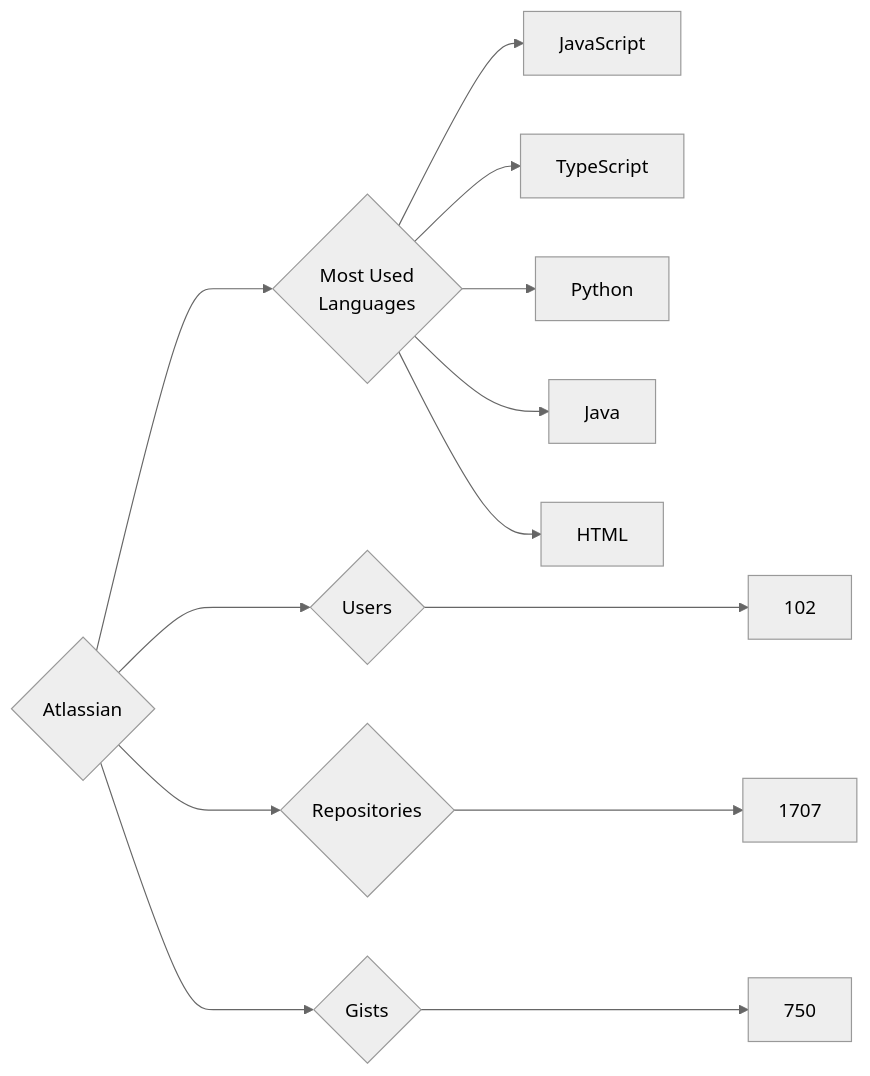
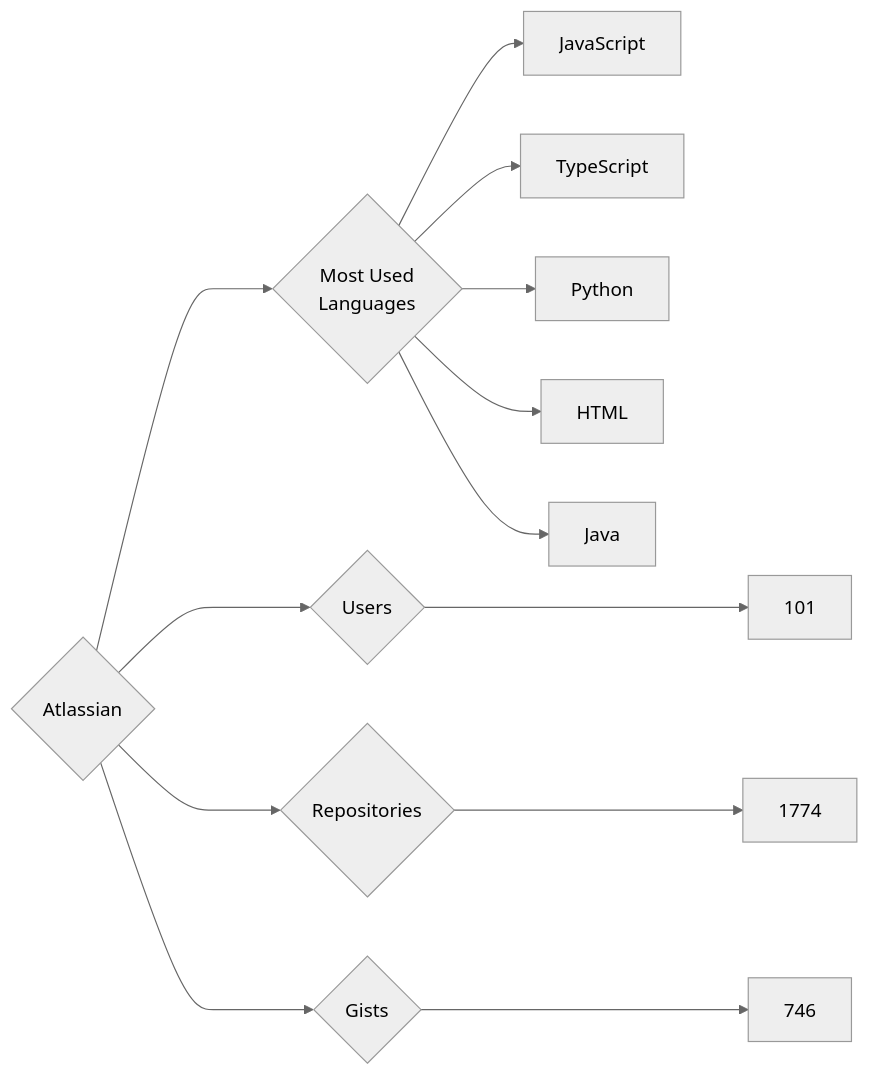
Before and after one commit to trickest/insiders: the diagram in targets/Atlassian/README.md, drawn with Mermaid (neutral theme). The commit also changed 891 other files, not shown here.

````diff
--- a/targets/Atlassian/README.md
+++ b/targets/Atlassian/README.md
@@ -3,13 +3,13 @@
 ```mermaid
 graph LR
 COMPANY_NAME{Atlassian}
-COMPANY_NAME ---> U{Users} ---> UN[102]
-COMPANY_NAME ---> R{Repositories} ---> RN[1707]
-COMPANY_NAME ---> G{Gists} ---> GN[750]
+COMPANY_NAME ---> U{Users} ---> UN[101]
+COMPANY_NAME ---> R{Repositories} ---> RN[1774]
+COMPANY_NAME ---> G{Gists} ---> GN[746]
 COMPANY_NAME ---> ML{Most Used<br>Languages}
 ML --> JavaScript[JavaScript]
 ML --> TypeScript[TypeScript]
 ML --> Python[Python]
+ML --> HTML[HTML]
 ML --> Java[Java]
-ML --> HTML[HTML]
 ```
````
